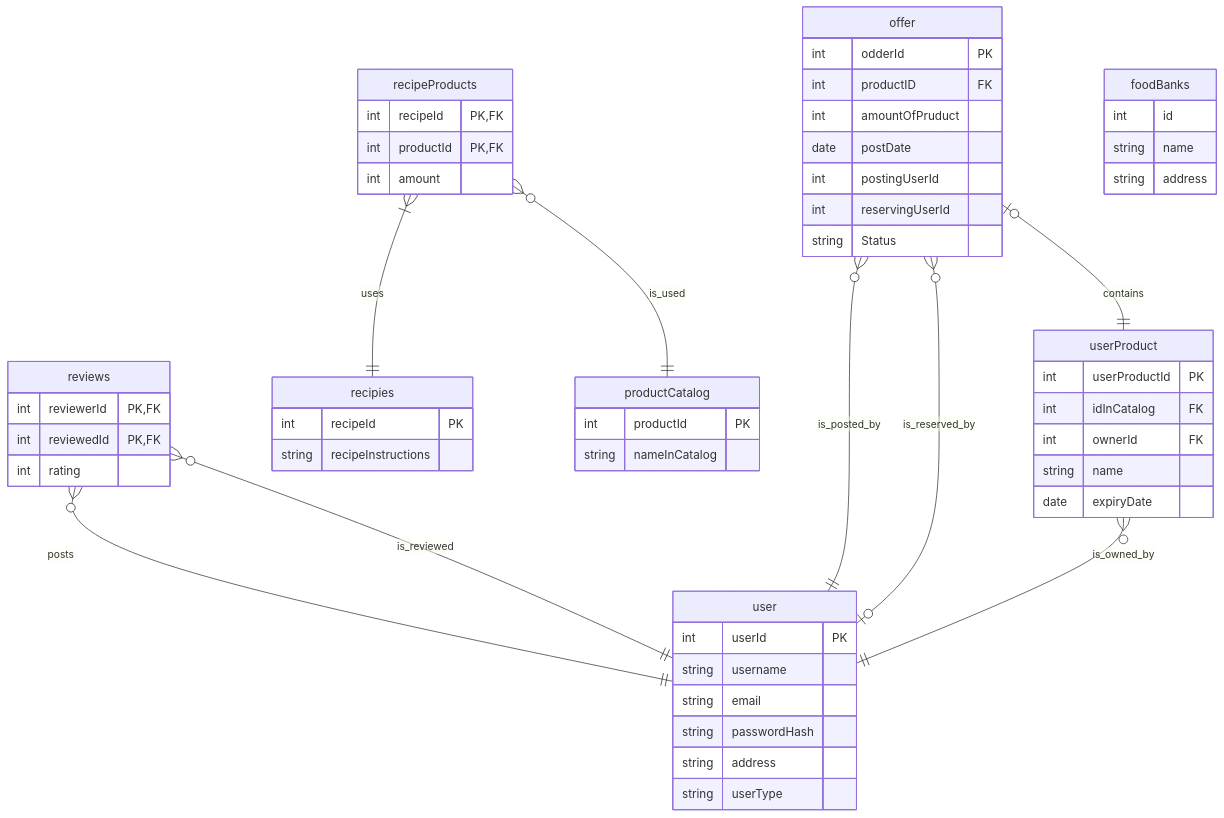
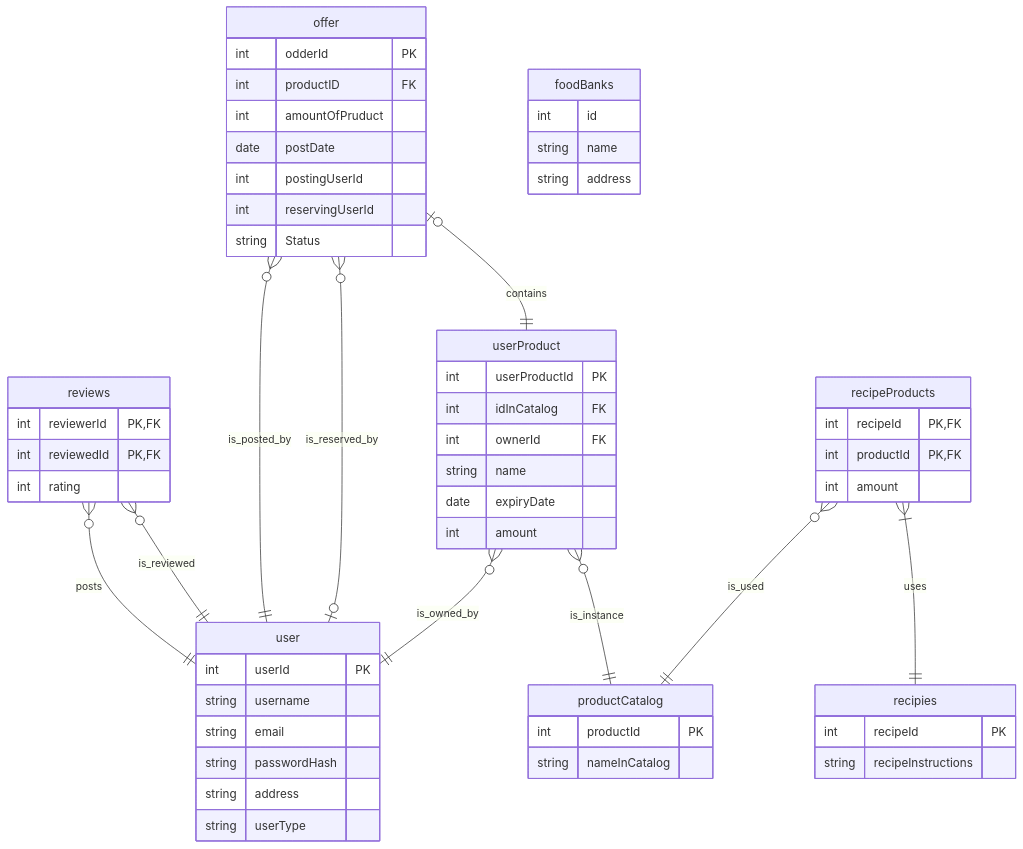
The diagram in erd.mmd (SebastianBoteroLeonik/ISI_diagrams), drawn with Mermaid before and after one commit. The commit also changed 1 other file, not shown here.

```diff
--- a/erd.mmd
+++ b/erd.mmd
@@ -1,67 +1,69 @@
 erDiagram
     user {
       int userId PK
       string username
       string email
       string passwordHash
       string address
       string userType
     }
 
     reviews }o--|| user: posts
     reviews }o--|| user: is_reviewed
 
     reviews {
       int reviewerId PK, FK
       int reviewedId PK, FK
       int rating
     }
 
     offer }o--|| user : is_posted_by
     offer }o--o| user : is_reserved_by
 
     offer {
       int odderId PK
       int productID FK
       int amountOfPruduct
       date postDate
       int postingUserId
       int reservingUserId
       string Status
     }
 
     productCatalog {
       int productId PK
       string nameInCatalog
     }
 
     userProduct }o--|| user : is_owned_by
     offer |o--|| userProduct : contains
+    userProduct }o--|| productCatalog : is_instance
 
     userProduct {
       int userProductId PK
       int idInCatalog FK
       int ownerId FK
       string name
       date expiryDate
+      int amount
     }
 
     recipies {
       int recipeId PK
       string recipeInstructions
     }
 
     recipeProducts }|--|| recipies : uses
     recipeProducts }o--|| productCatalog : is_used
 
     recipeProducts {
       int recipeId PK, FK
       int productId PK, FK
       int amount
     }
 
     foodBanks {
       int id
       string name
       string address
     }
```
